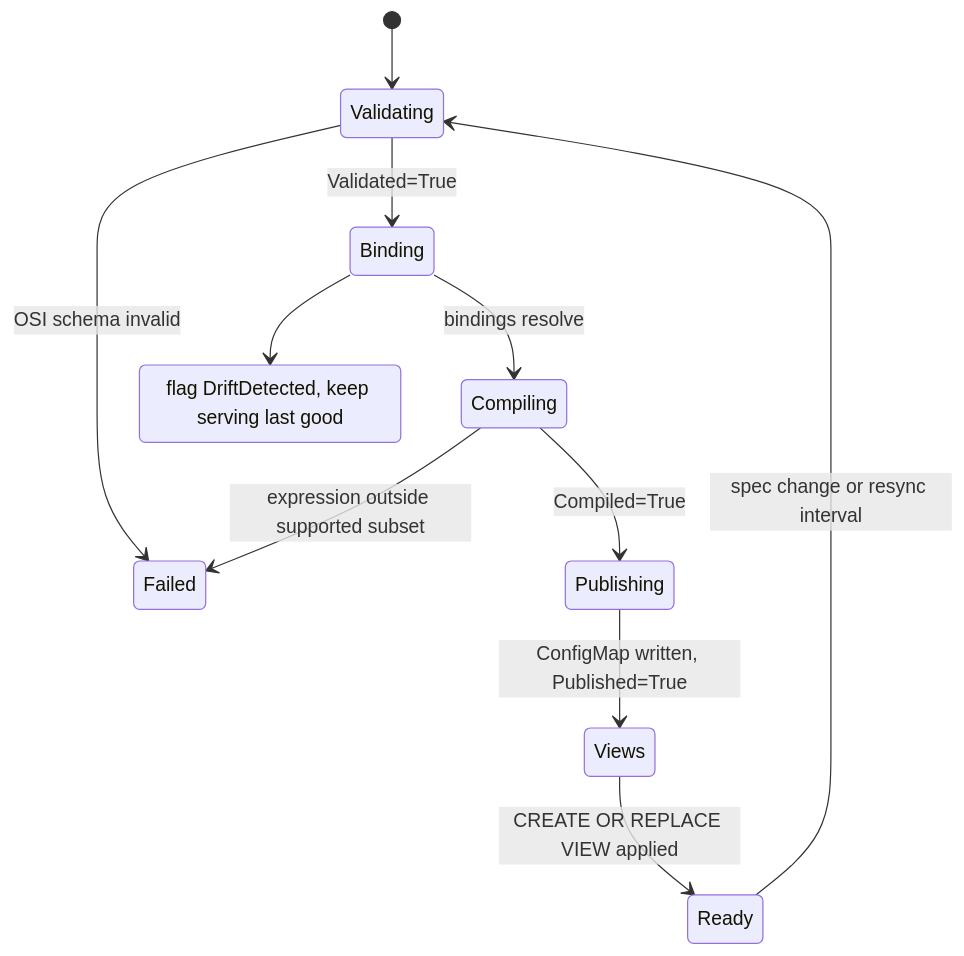
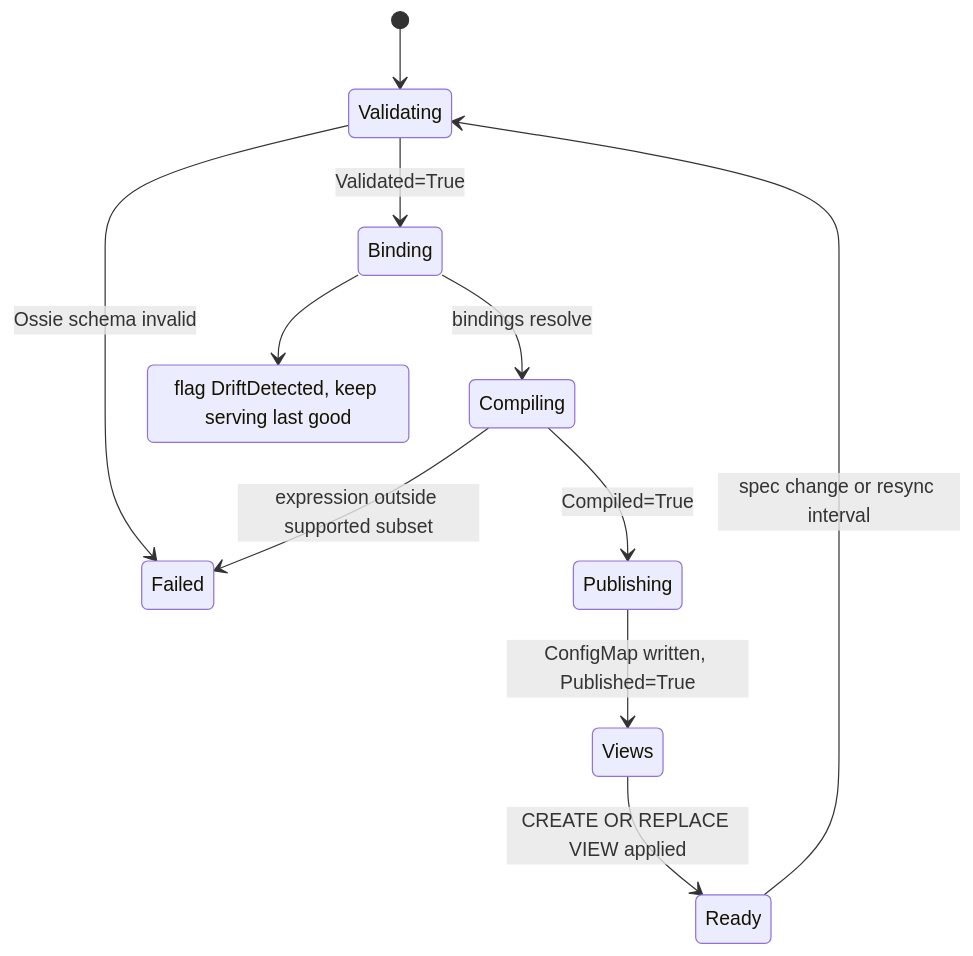
Before and after one commit to KubedAI/semantic-operator: the second of 3 diagrams in docs/ARCHITECTURE.md, drawn with Mermaid. The commit also changed other lines of this file and 8 other files, not shown here.

First line of the commit message:
Docs: rename OSI to Apache Ossie, add overview/demo/teaching guides and flights example

````diff
--- a/docs/ARCHITECTURE.md
+++ b/docs/ARCHITECTURE.md
@@ -100,14 +102,14 @@
 ```mermaid
 stateDiagram-v2
     [*] --> Validating
-    Validating --> Failed: OSI schema invalid
+    Validating --> Failed: Ossie schema invalid
     Validating --> Binding: Validated=True
     Binding --> Binding_note
     state "flag DriftDetected, keep serving last good" as Binding_note
     Binding --> Compiling: bindings resolve
     Compiling --> Failed: expression outside supported subset
     Compiling --> Publishing: Compiled=True
     Publishing --> Views: ConfigMap written, Published=True
     Views --> Ready: CREATE OR REPLACE VIEW applied
     Ready --> Validating: spec change or resync interval
 ```
````
